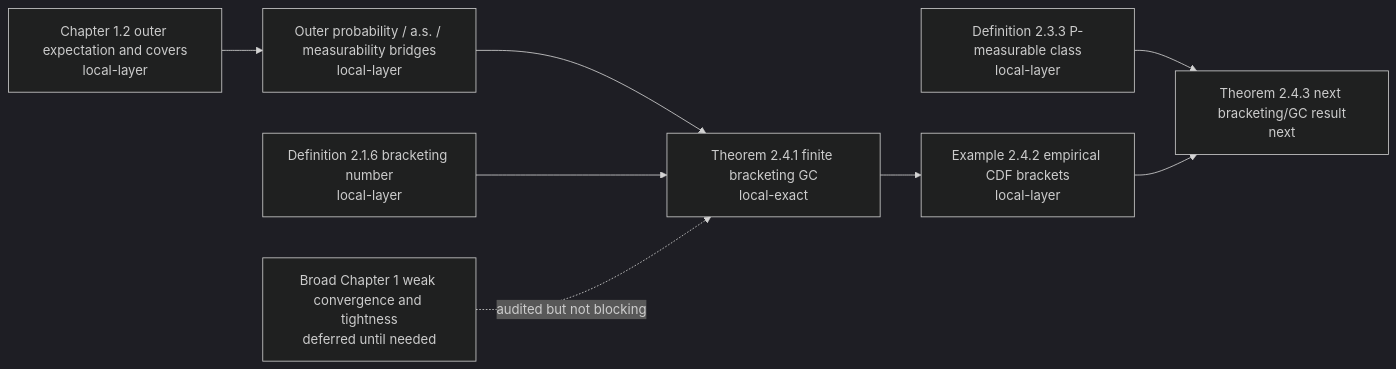
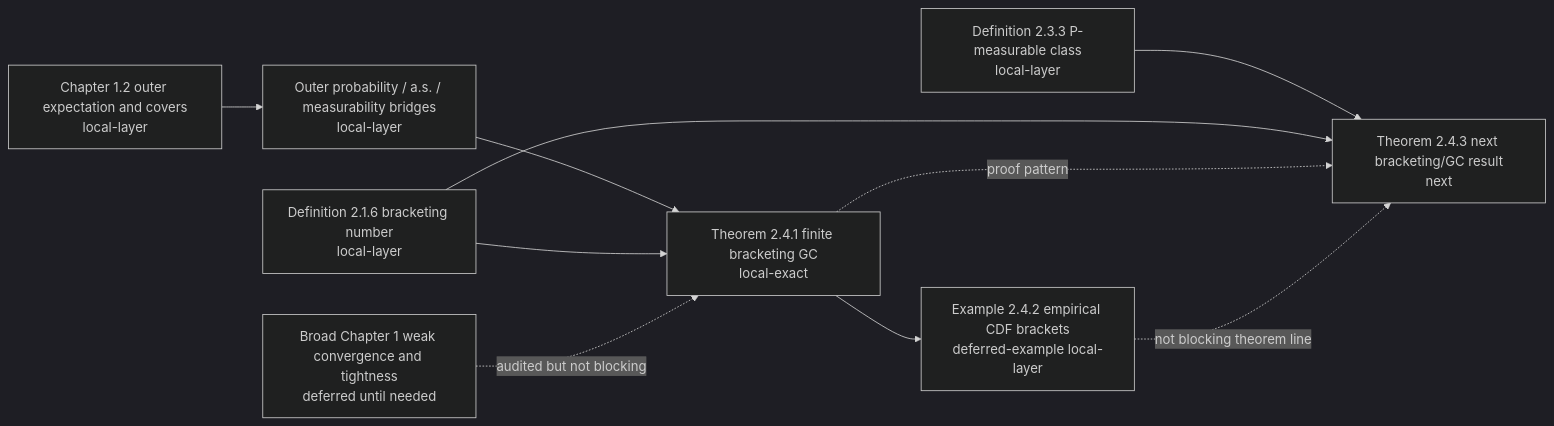
One commit to ykzeng-yale/EmpericalProcessLEAN changed the diagram in docs/vdvw_chapter1_2_progress_dashboard.md. Above: the diagram before and after it, drawn with Mermaid (dark theme). The commit also changed other lines of this file and 3 other files, not shown here.

Commit message:
Defer example closures for theorem line

````diff
--- a/docs/vdvw_chapter1_2_progress_dashboard.md
+++ b/docs/vdvw_chapter1_2_progress_dashboard.md
@@ -75,19 +61,21 @@
 ```mermaid
 flowchart LR
   C12["Chapter 1.2 outer expectation and covers<br/>local-layer"]
   OP["Outer probability / a.s. / measurability bridges<br/>local-layer"]
   PM["Definition 2.3.3 P-measurable class<br/>local-layer"]
   BR["Definition 2.1.6 bracketing number<br/>local-layer"]
   T241["Theorem 2.4.1 finite bracketing GC<br/>local-exact"]
-  E242["Example 2.4.2 empirical CDF brackets<br/>local-layer"]
+  E242["Example 2.4.2 empirical CDF brackets<br/>deferred-example local-layer"]
   T243["Theorem 2.4.3 next bracketing/GC result<br/>next"]
   GCH1["Broad Chapter 1 weak convergence and tightness<br/>deferred until needed"]
 
   C12 --> OP
   OP --> T241
   PM --> T243
   BR --> T241
+  BR --> T243
+  T241 -. proof pattern .-> T243
   T241 --> E242
-  E242 --> T243
+  E242 -. not blocking theorem line .-> T243
   GCH1 -. audited but not blocking .-> T241
 ```
````
